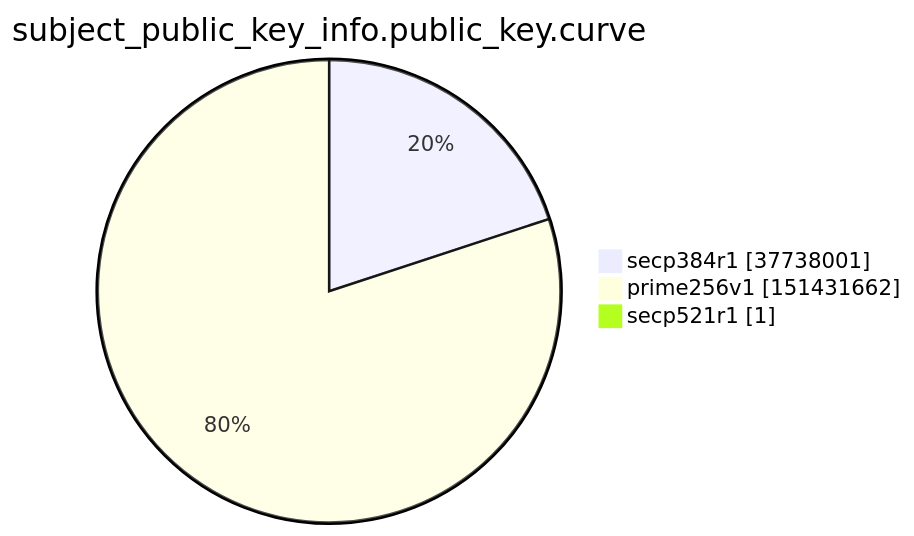
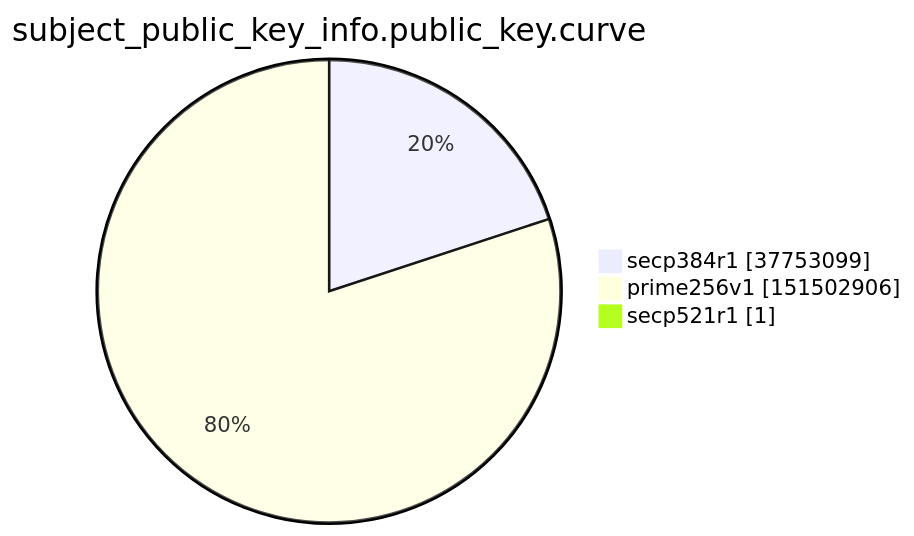
Before and after one commit to christiankrug/ctmonitor_visualization: the ninth of 15 diagrams in xenon2022/README.md, drawn with Mermaid. The commit also changed other lines of this file, not shown here.

````diff
--- a/xenon2022/README.md
+++ b/xenon2022/README.md
@@ -2860,7 +2860,7 @@
 ```mermaid
 pie showData
 title subject_public_key_info.public_key.curve
-"secp384r1" :37738001
-"prime256v1" :151431662
+"secp384r1" :37753099
+"prime256v1" :151502906
 "secp521r1" :1
 ```
````
